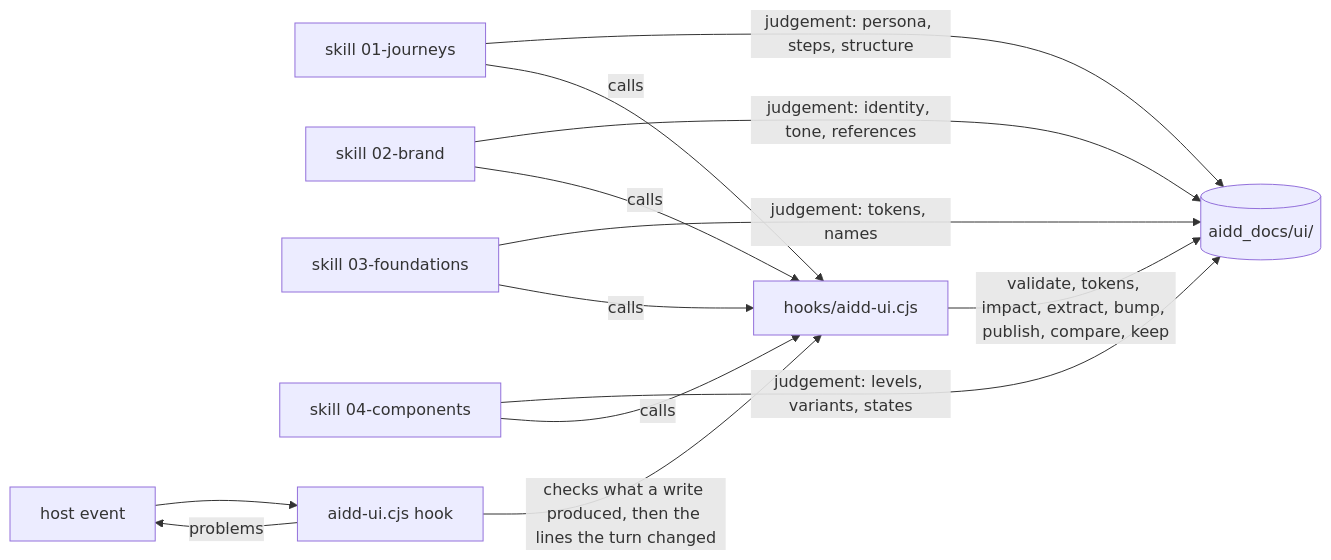
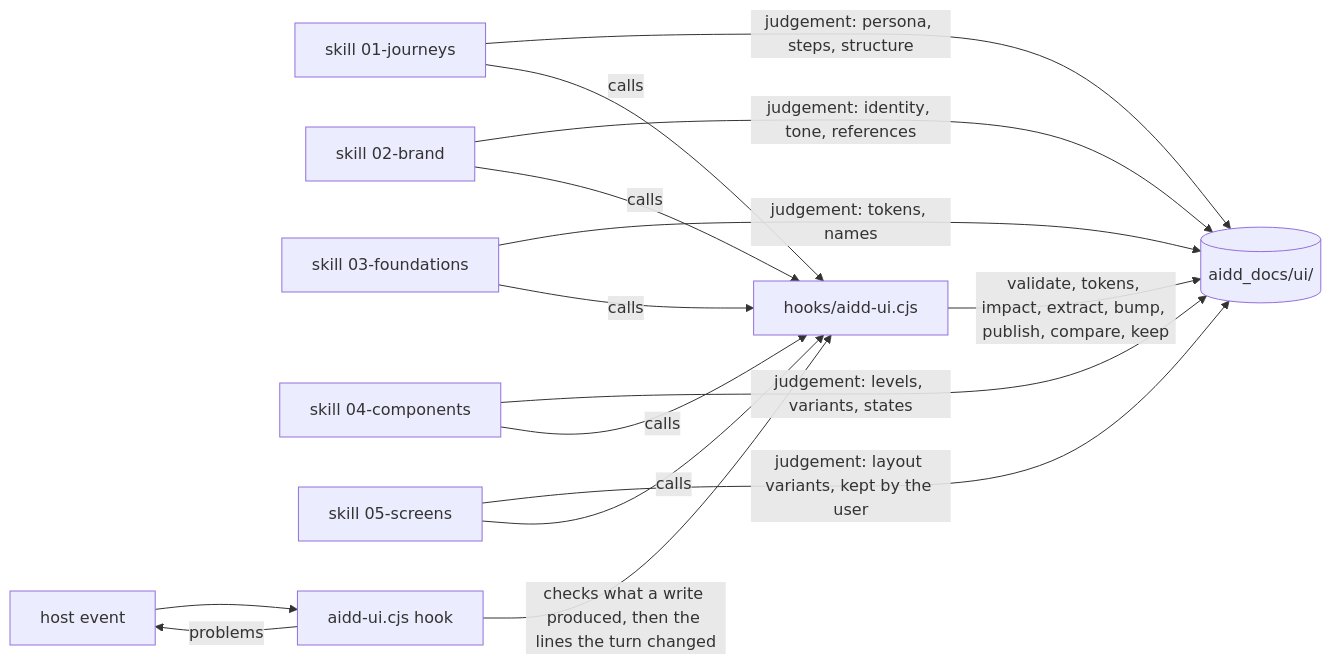
One commit to ai-driven-dev/framework changed the diagram in plugins/aidd-ui/README.md. Above: the diagram before and after it, drawn with Mermaid. The commit also changed other lines of this file and 26 other files, not shown here.

First line of the commit message:
feat(aidd-ui): propose screens in variants and check their contrast and touch targets

````diff
--- a/plugins/aidd-ui/README.md
+++ b/plugins/aidd-ui/README.md
@@ -20,15 +20,17 @@
 ```mermaid
 flowchart LR
   Journeys["skill 01-journeys"] -->|"judgement: persona, steps, structure"| Docs[("aidd_docs/ui/")]
   Brand["skill 02-brand"] -->|"judgement: identity, tone, references"| Docs
   Foundations["skill 03-foundations"] -->|"judgement: tokens, names"| Docs
   Components["skill 04-components"] -->|"judgement: levels, variants, states"| Docs
+  Screens["skill 05-screens"] -->|"judgement: layout variants, kept by the user"| Docs
   Journeys -->|"calls"| Engine["hooks/aidd-ui.cjs"]
   Brand -->|"calls"| Engine
   Foundations -->|"calls"| Engine
   Components -->|"calls"| Engine
+  Screens -->|"calls"| Engine
   Engine -->|"validate, tokens, impact, extract, bump, publish, compare, keep"| Docs
   Host["host event"] --> Hook["aidd-ui.cjs hook"]
   Hook -->|"checks what a write produced, then the lines the turn changed"| Engine
   Hook -->|"problems"| Host
 ```
````
